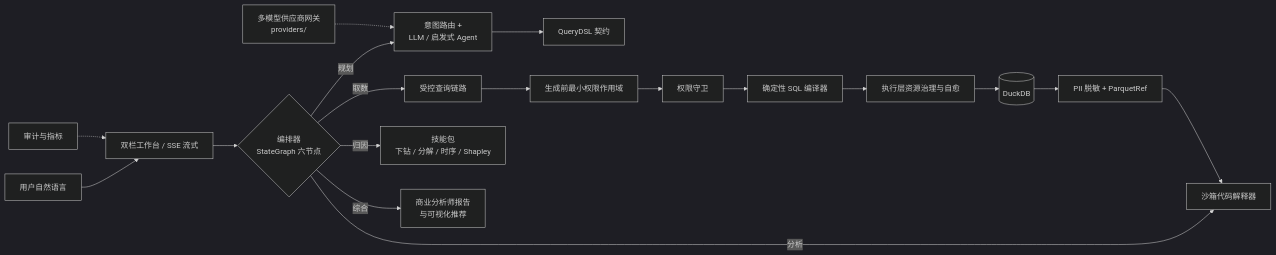
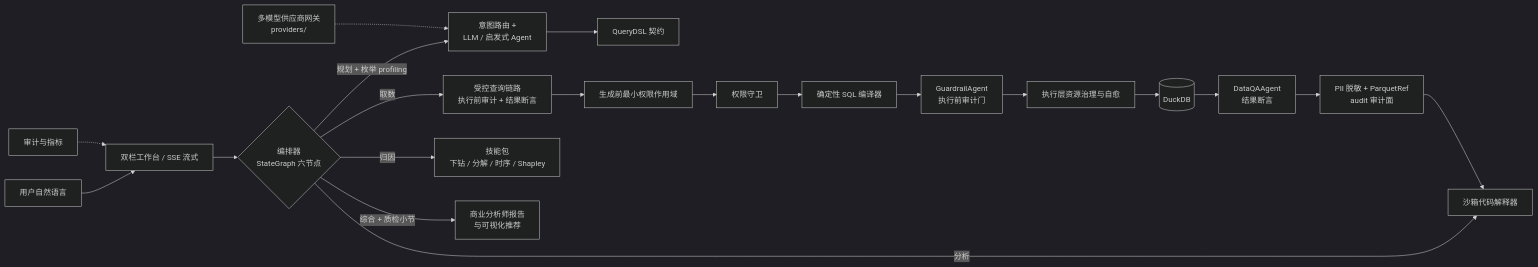
The first of 4 diagrams in docs/architecture.md (Cwentor/DataAgent), drawn with Mermaid (dark theme) before and after one commit. The commit also changed other lines of this file and 3 other files, not shown here.

First line of the commit message:
docs: 文档与 Agent 迭代代码对齐颗粒度 + 补充详细架构图

````diff
--- a/docs/architecture.md
+++ b/docs/architecture.md
@@ -7,20 +7,22 @@
 ```mermaid
 flowchart LR
     U[用户自然语言] --> WEB[双栏工作台 / SSE 流式]
     WEB --> ORCH{编排器<br>StateGraph 六节点}
-    ORCH -->|规划| AG[意图路由 +<br>LLM / 启发式 Agent]
-    ORCH -->|取数| QRY[受控查询链路]
+    ORCH -->|规划 + 枚举 profiling| AG[意图路由 +<br>LLM / 启发式 Agent]
+    ORCH -->|取数| QRY[受控查询链路<br>执行前审计 + 结果断言]
     ORCH -->|分析| SBX[沙箱代码解释器]
     ORCH -->|归因| SKL[技能包<br>下钻 / 分解 / 时序 / Shapley]
-    ORCH -->|综合| PRES[商业分析师报告<br>与可视化推荐]
+    ORCH -->|综合 + 质检小节| PRES[商业分析师报告<br>与可视化推荐]
     AG --> DSL[QueryDSL 契约]
     QRY --> SCOPE[生成前最小权限作用域]
     SCOPE --> GUARD[权限守卫]
     GUARD --> CMP[确定性 SQL 编译器]
-    CMP --> EXEC[执行层资源治理与自愈]
+    CMP --> GA[GuardrailAgent<br>执行前审计门]
+    GA --> EXEC[执行层资源治理与自愈]
     EXEC --> DB[(DuckDB)]
-    DB --> RET[PII 脱敏 + ParquetRef]
+    DB --> QA[DataQAAgent<br>结果断言]
+    QA --> RET[PII 脱敏 + ParquetRef<br>audit 审计面]
     RET --> SBX
     LLMGW[多模型供应商网关<br>providers/] -.-> AG
     AUD[审计与指标] -.-> WEB
 ```
````
